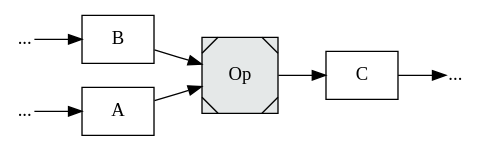
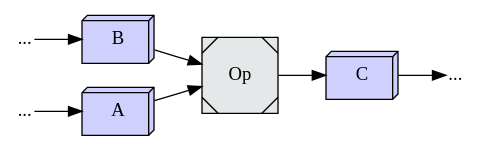
Before and after one commit to crutcher/crutcher.github.io-source: diagram 42 of 55 in source/Tapestry/index.md, drawn with Graphviz. The commit also changed other lines of this file and 2 other files, not shown here.

````diff
--- a/source/Tapestry/index.md
+++ b/source/Tapestry/index.md
@@ -5745,24 +5813,23 @@
 ```graphviz
 digraph G {
     rankdir=LR;
-    
-    A, B, C [shape=box];
+    A, B, C [shape=box3d, fillcolor="#d0d0ff", style=filled];
 
     Op [
         label=Op,
         shape=Msquare,
         style=filled,
         fillcolor="#E5E8E8",
         margin=0.25
     ];
     
     A -> Op;
     B -> Op;
     Op -> C;
     
     G1, G2, G3 [label="...", shape=plain];
     G1 -> A;
     G2 -> B;
     C -> G3;
 }
 ```
````
